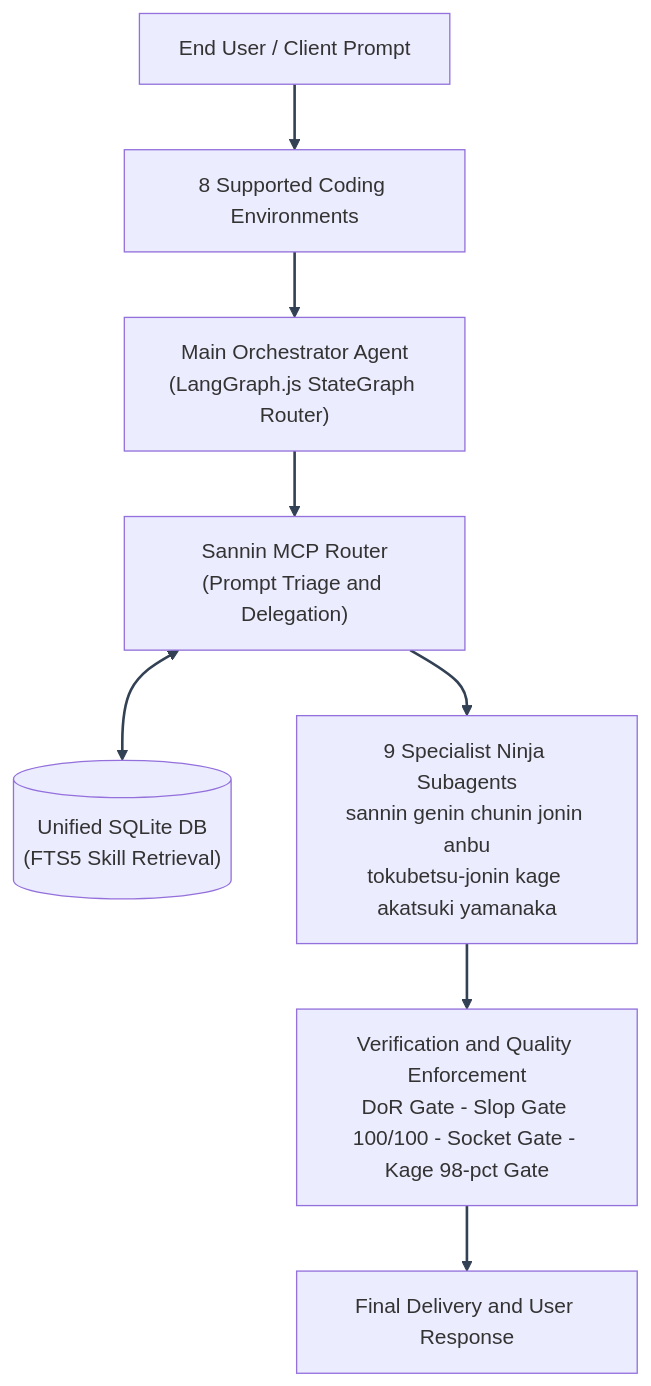
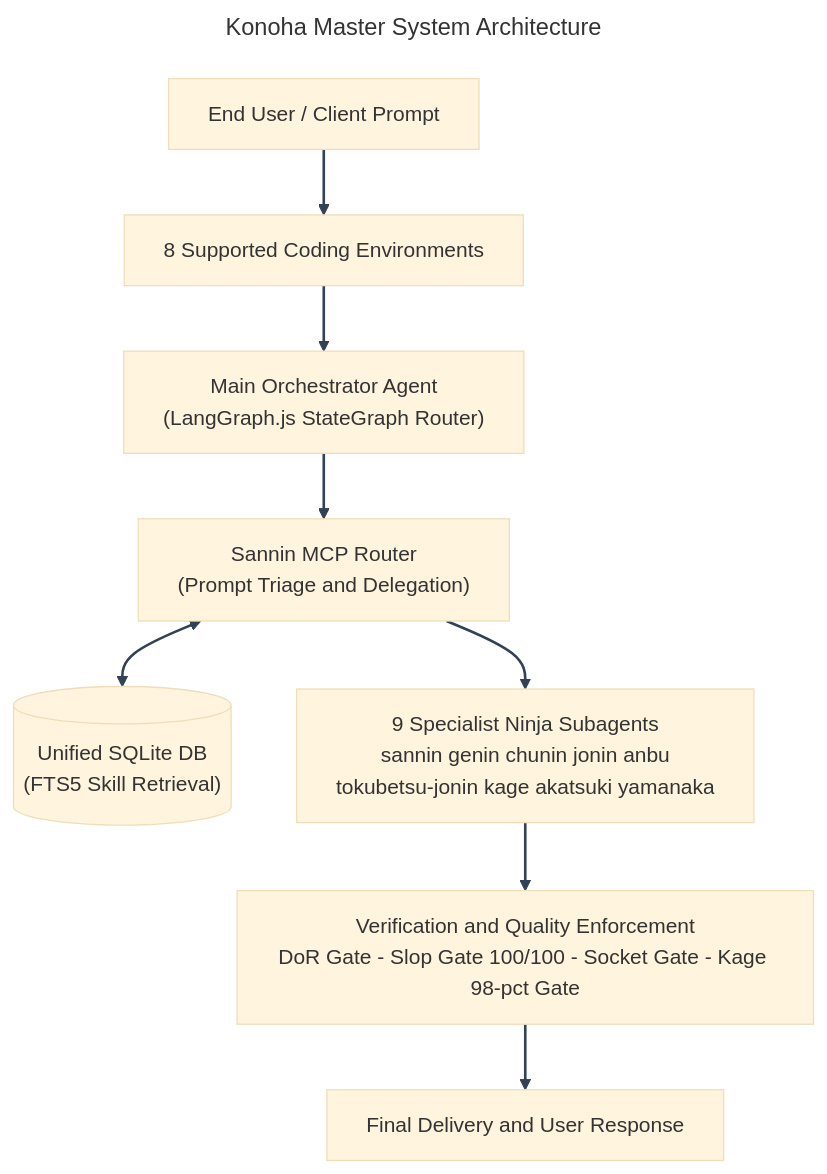
Before and after one commit to andycungkrinx91/konoha: the first of 3 diagrams in README.md, drawn with Mermaid. The commit also changed other lines of this file and 16 other files, not shown here.

````diff
--- a/README.md
+++ b/README.md
@@ -167,12 +167,21 @@
 ```mermaid
+---
+title: Konoha Master System Architecture
+config:
+  theme: base
+  themeVariables:
+    fontFamily: 'Inter, system-ui, sans-serif'
+  flowchart:
+    wrappingWidth: 380
+---
 flowchart TB
     UserPrompt["End User / Client Prompt"] --> Clients["8 Supported Coding Environments"]
     Clients --> Orchestrator["Main Orchestrator Agent<br/>(LangGraph.js StateGraph Router)"]
     Orchestrator --> Sannin["Sannin MCP Router<br/>(Prompt Triage and Delegation)"]
     Sannin <--> SQLiteDB[("Unified SQLite DB<br/>(FTS5 Skill Retrieval)")]
     Sannin --> NinjaTeam["9 Specialist Ninja Subagents<br/>sannin genin chunin jonin anbu<br/>tokubetsu-jonin kage akatsuki yamanaka"]
     NinjaTeam --> QualityGate["Verification and Quality Enforcement<br/>DoR Gate - Slop Gate 100/100 - Socket Gate - Kage 98-pct Gate"]
     QualityGate --> Delivery["Final Delivery and User Response"]
 
     linkStyle default stroke:#334155,stroke-width:2px;
 ```
````
